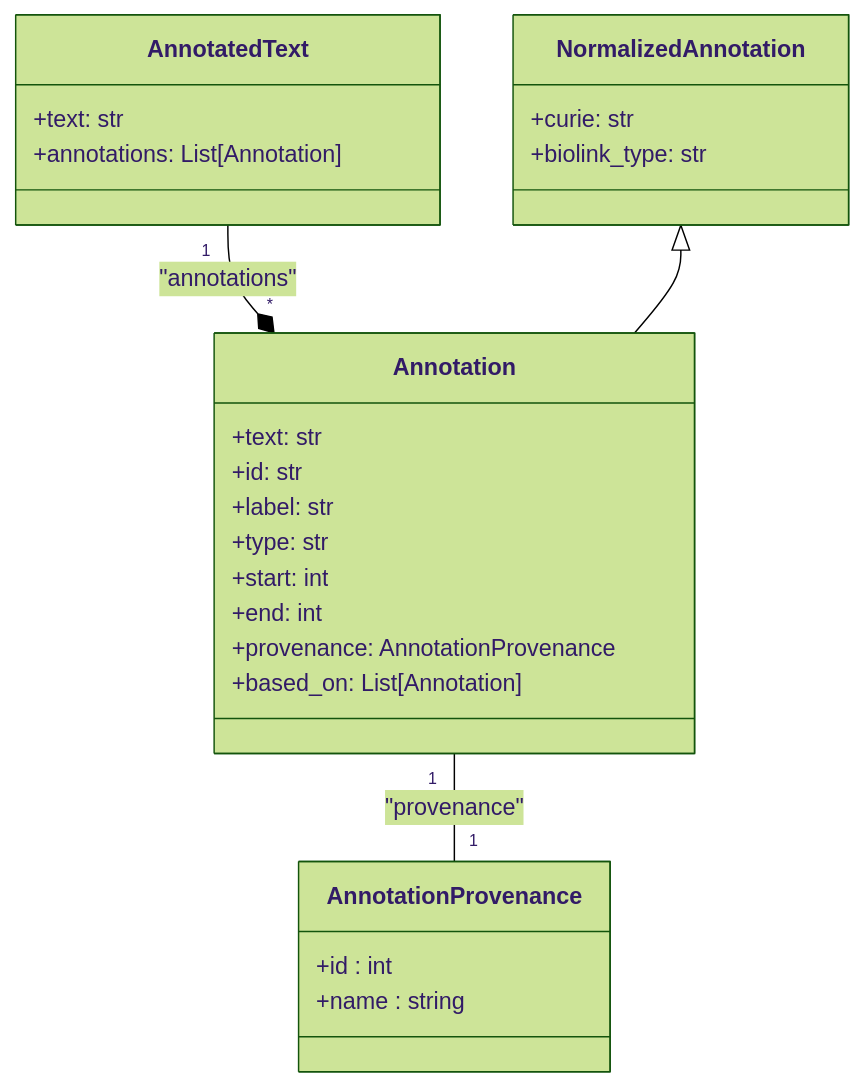
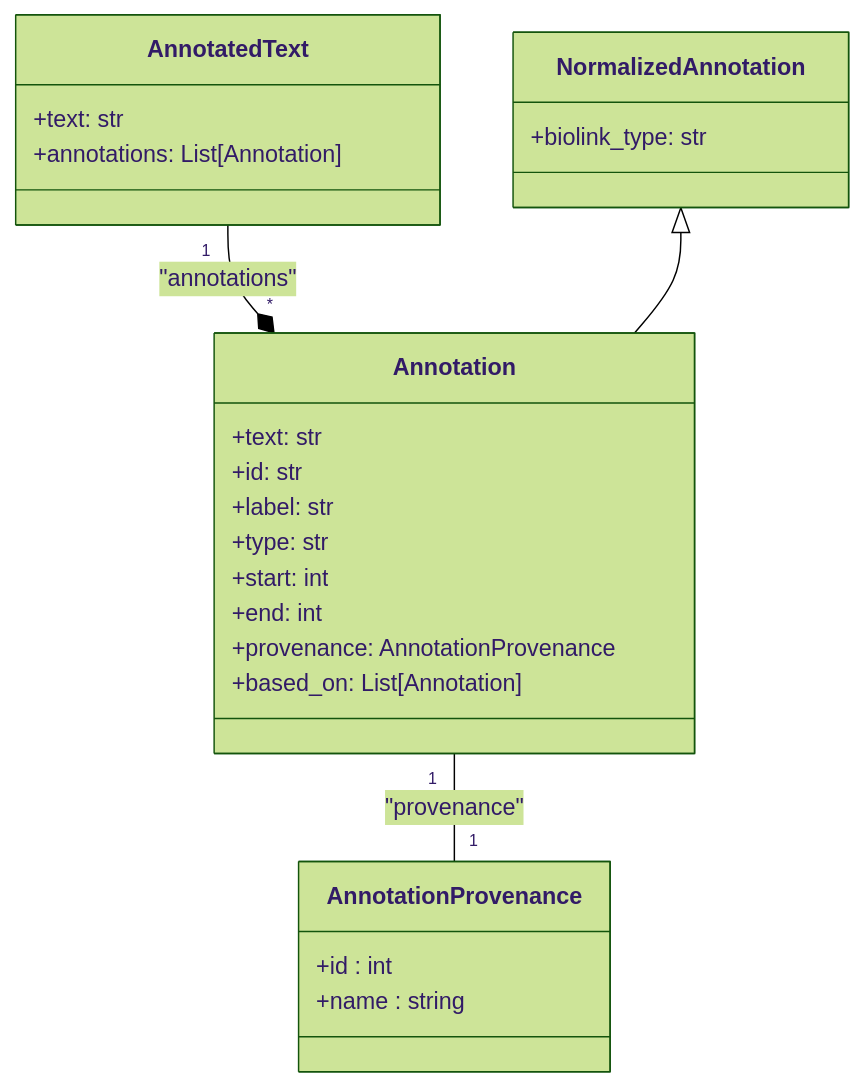
The diagram in README.md (RENCI-NER/renci-ner), drawn with Mermaid (forest theme) before and after one commit. The commit also changed other lines of this file, not shown here.

Commit message:
Removed references to the removed CURIE field.

````diff
--- a/README.md
+++ b/README.md
@@ -39,34 +39,33 @@
 ```mermaid
 classDiagram
   direction TD
 
   class AnnotatedText {
     +text: str
     +annotations: List[Annotation]
   }
 
   class AnnotationProvenance {
     +id : int
     +name : string
   }
 
   class Annotation {
     +text: str
     +id: str
     +label: str
     +type: str
     +start: int
     +end: int
     +provenance: AnnotationProvenance
     +based_on: List[Annotation]
   }
 
   class NormalizedAnnotation {
-     +curie: str
      +biolink_type: str
   }
 
   Annotation "1" -- "1" AnnotationProvenance: "provenance"
   AnnotatedText "1" --* "*" Annotation: "annotations"
   NormalizedAnnotation <|-- Annotation
 ```
````
